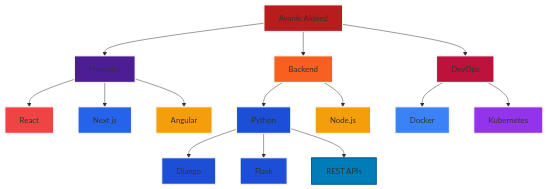
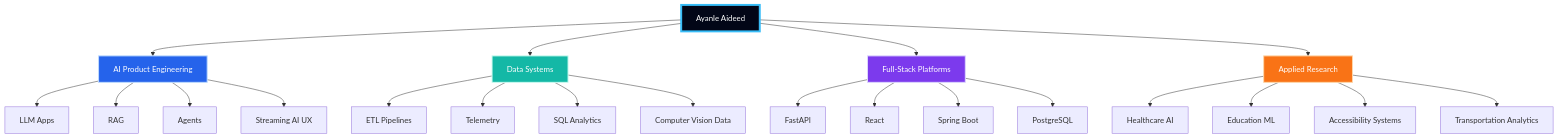
The diagram in README.md (Ayanleaideed/Ayanleaideed), drawn with Mermaid before and after one commit. The commit also changed other lines of this file, not shown here.

````diff
--- a/README.md
+++ b/README.md
@@ -161,34 +294,33 @@
 ```mermaid
-graph TD
-    A[Ayanle Aideed] --> B[Frontend]
-    A --> C[Backend]
-    A --> D[DevOps]
-    B --> E[React]
-    B --> F[Next js]
-    B --> N[Angular]
-    C --> G[Python]
-    C --> H[Node.js]
-    D --> I[Docker]
-    D --> J[Kubernetes]
-    G --> L[Django]
-    G --> M[Flask]
-    G --> O[REST APIs]
+flowchart TD
+    A[Ayanle Aideed] --> B[AI Product Engineering]
+    A --> C[Data Systems]
+    A --> D[Full-Stack Platforms]
+    A --> E[Applied Research]
 
-    style A fill:#b91c1c,stroke:#F9FAFB,stroke-width:2px
-    style B fill:#4c1d95,stroke:#F9FAFB,stroke-width:2px
-    style C fill:#f86022,stroke:#F9FAFB,stroke-width:2px
-    style D fill:#be123c,stroke:#F9FAFB,stroke-width:2px
-    style E fill:#EF4444,stroke:#F9FAFB,stroke-width:2px
-    style F fill:#2563eb,stroke:#F9FAFB,stroke-width:2px
-    style G fill:#1d4ed8,stroke:#F9FAFB,stroke-width:2px
-    style H fill:#F59E0B,stroke:#F9FAFB,stroke-width:2px
-    style I fill:#3B82F6,stroke:#F9FAFB,stroke-width:2px
-    style J fill:#9333EA,stroke:#F9FAFB,stroke-width:2px
-    style L fill:#1d4ed8,stroke:#F9FAFB,stroke-width:2px
-    style M fill:#1d4ed8,stroke:#F9FAFB,stroke-width:2px
-    style N fill:#F59E0B,stroke:#F9FAFB,stroke-width:2px
-    style O fill:#007cb9,stroke:#005689,stroke-width:2px
+    B --> B1[LLM Apps]
+    B --> B2[RAG]
+    B --> B3[Agents]
+    B --> B4[Streaming AI UX]
 
+    C --> C1[ETL Pipelines]
+    C --> C2[Telemetry]
+    C --> C3[SQL Analytics]
+    C --> C4[Computer Vision Data]
 
+    D --> D1[FastAPI]
+    D --> D2[React]
+    D --> D3[Spring Boot]
+    D --> D4[PostgreSQL]
 
+    E --> E1[Healthcare AI]
+    E --> E2[Education ML]
+    E --> E3[Accessibility Systems]
+    E --> E4[Transportation Analytics]
+
+    style A fill:#020617,stroke:#38bdf8,stroke-width:4px,color:#ffffff
+    style B fill:#2563eb,stroke:#bfdbfe,stroke-width:2px,color:#ffffff
+    style C fill:#14b8a6,stroke:#ccfbf1,stroke-width:2px,color:#ffffff
+    style D fill:#7c3aed,stroke:#ddd6fe,stroke-width:2px,color:#ffffff
+    style E fill:#f97316,stroke:#fed7aa,stroke-width:2px,color:#ffffff
 ```
````
